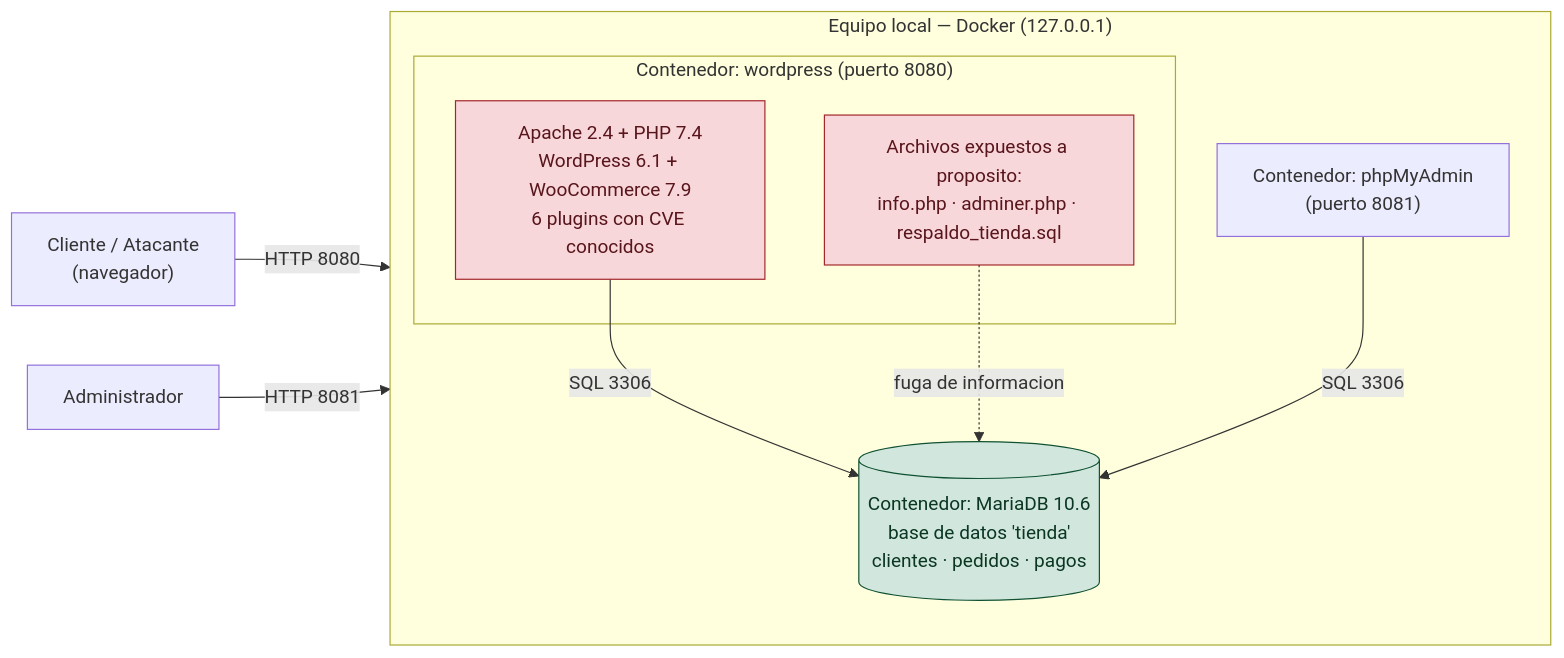
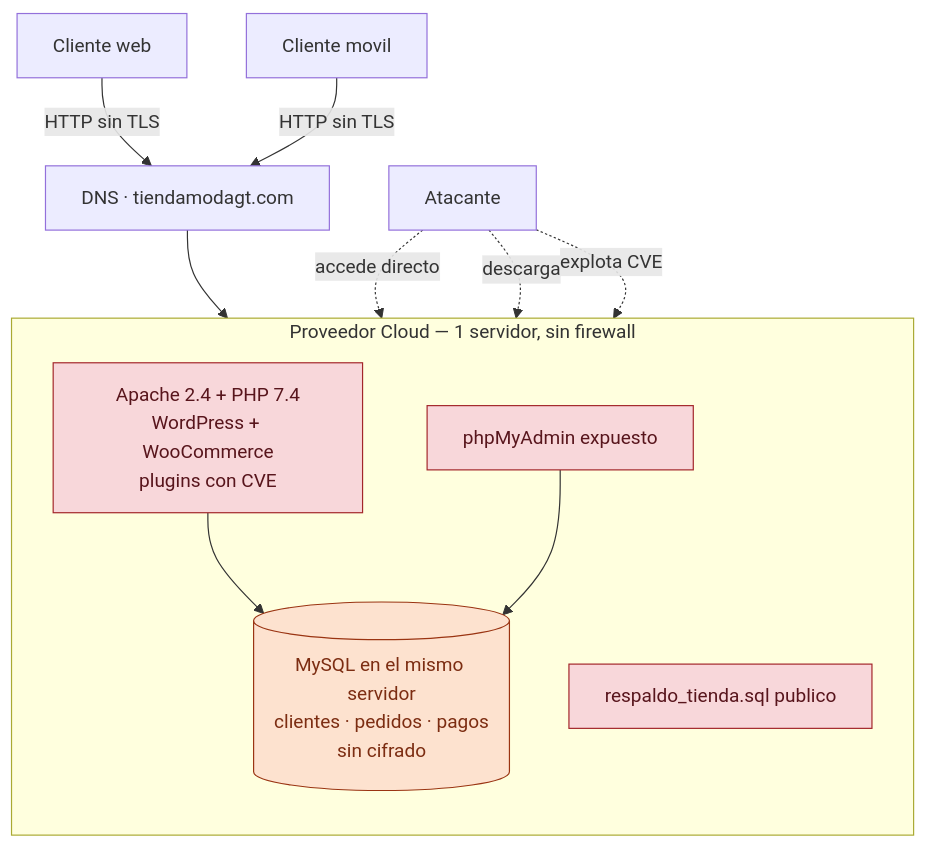
The diagram in README.md (JavierNavas/tienda-moda-gt), drawn with Mermaid before and after one commit. The commit also changed other lines of this file and 1 other file, not shown here.

Commit message:
Mejora los diagramas: arquitectura de produccion as-is detallada y rediseno seguro con subredes, IAM, KMS y SIEM

````diff
--- a/README.md
+++ b/README.md
@@ -21,26 +22,29 @@
 ```mermaid
-flowchart LR
-    U["Cliente / Atacante<br/>(navegador)"]
-    A["Administrador"]
+flowchart TB
+    WEB["Cliente web"]
+    MOV["Cliente movil"]
+    ATK["Atacante"]
+    DNS["DNS · tiendamodagt.com"]
 
-    subgraph HOST["Equipo local — Docker (127.0.0.1)"]
+    subgraph CLOUD["Proveedor Cloud — 1 servidor, sin firewall"]
         direction TB
-        subgraph WPC["Contenedor: wordpress (puerto 8080)"]
-            WP["Apache 2.4 + PHP 7.4<br/>WordPress 6.1 + WooCommerce 7.9<br/>6 plugins con CVE conocidos"]
-            EXP["Archivos expuestos a proposito:<br/>info.php · adminer.php · respaldo_tienda.sql"]
-        end
-        PMA["Contenedor: phpMyAdmin<br/>(puerto 8081)"]
-        DB[("Contenedor: MariaDB 10.6<br/>base de datos 'tienda'<br/>clientes · pedidos · pagos")]
+        APA["Apache 2.4 + PHP 7.4<br/>WordPress + WooCommerce<br/>plugins con CVE"]
+        PMA["phpMyAdmin expuesto"]
+        BK["respaldo_tienda.sql publico"]
+        DB[("MySQL en el mismo servidor<br/>clientes · pedidos · pagos<br/>sin cifrado")]
     end
 
-    U -->|"HTTP 8080"| WP
-    A -->|"HTTP 8081"| PMA
-    WP -->|"SQL 3306"| DB
-    PMA -->|"SQL 3306"| DB
-    EXP -.->|"fuga de informacion"| DB
+    WEB -->|"HTTP sin TLS"| DNS
+    MOV -->|"HTTP sin TLS"| DNS
+    DNS --> APA
+    APA --> DB
+    PMA --> DB
+    ATK -.->|"accede directo"| PMA
+    ATK -.->|"descarga"| BK
+    ATK -.->|"explota CVE"| APA
 
-    classDef vuln fill:#f8d7da,stroke:#a3262a,color:#58151c;
-    classDef db fill:#d1e7dd,stroke:#0f5132,color:#0a3622;
-    class WP,EXP vuln;
+    classDef bad fill:#f8d7da,stroke:#a3262a,color:#58151c;
+    classDef db fill:#fde2cf,stroke:#9a3412,color:#7c2d12;
+    class APA,PMA,BK bad;
     class DB db;
 ```
````
